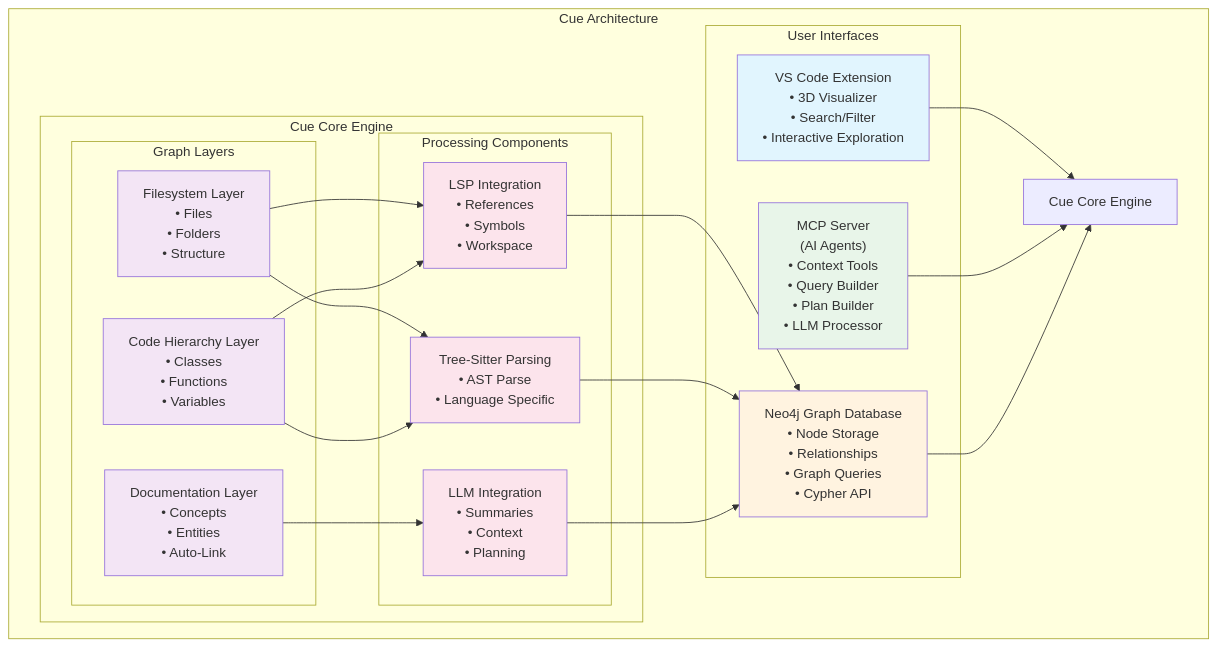
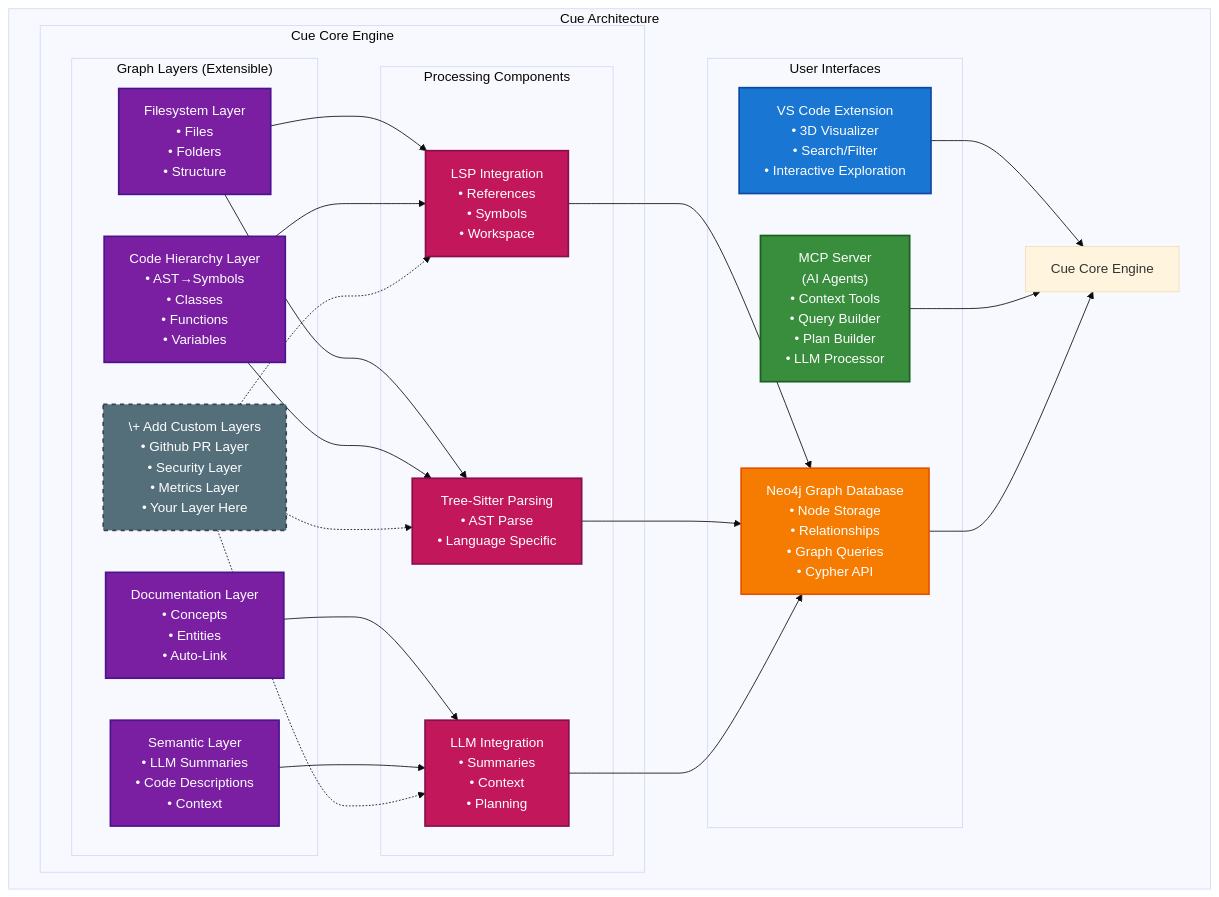
The diagram in README.md (rysweet/cue), drawn with Mermaid before and after one commit.

First paragraph of the commit message:
Fix Mermaid diagram text contrast with dark backgrounds (#77)
* fix: drastically improve Mermaid diagram text contrast with dark backgrounds

````diff
--- a/README.md
+++ b/README.md
@@ -22,48 +22,57 @@
 ```mermaid
+%%{init: {'theme':'base', 'themeVariables': { 'fontSize': '16px'}}}%%
 graph TB
     subgraph "Cue Architecture"
         subgraph "User Interfaces"
             VSCode["VS Code Extension<br/>• 3D Visualizer<br/>• Search/Filter<br/>• Interactive Exploration"]
             MCP["MCP Server<br/>(AI Agents)<br/>• Context Tools<br/>• Query Builder<br/>• Plan Builder<br/>• LLM Processor"]
             Neo4j["Neo4j Graph Database<br/>• Node Storage<br/>• Relationships<br/>• Graph Queries<br/>• Cypher API"]
         end
         
         subgraph "Cue Core Engine"
-            subgraph "Graph Layers"
+            subgraph "Graph Layers (Extensible)"
                 FS["Filesystem Layer<br/>• Files<br/>• Folders<br/>• Structure"]
-                CH["Code Hierarchy Layer<br/>• Classes<br/>• Functions<br/>• Variables"]
+                CH["Code Hierarchy Layer<br/>• AST→Symbols<br/>• Classes<br/>• Functions<br/>• Variables"]
                 DOC["Documentation Layer<br/>• Concepts<br/>• Entities<br/>• Auto-Link"]
+                SEM["Semantic Layer<br/>• LLM Summaries<br/>• Code Descriptions<br/>• Context"]
+                EXT["\+ Add Custom Layers<br/>• Github PR Layer<br/>• Security Layer<br/>• Metrics Layer<br/>• Your Layer Here"]
             end
             
             subgraph "Processing Components"
                 LSP["LSP Integration<br/>• References<br/>• Symbols<br/>• Workspace"]
                 TS["Tree-Sitter Parsing<br/>• AST Parse<br/>• Language Specific"]
                 LLM["LLM Integration<br/>• Summaries<br/>• Context<br/>• Planning"]
             end
         end
         
         VSCode --> Core[Cue Core Engine]
         MCP --> Core
         Neo4j --> Core
         
         FS --> LSP
         FS --> TS
         CH --> LSP
         CH --> TS
         DOC --> LLM
+        SEM --> LLM
+        EXT -.-> LSP
+        EXT -.-> TS
+        EXT -.-> LLM
         
         LSP --> Neo4j
         TS --> Neo4j
         LLM --> Neo4j
     end
     
-    style VSCode fill:#e1f5fe
-    style MCP fill:#e8f5e9
-    style Neo4j fill:#fff3e0
-    style FS fill:#f3e5f5
-    style CH fill:#f3e5f5
-    style DOC fill:#f3e5f5
-    style LSP fill:#fce4ec
-    style TS fill:#fce4ec
-    style LLM fill:#fce4ec
+    style VSCode fill:#1976d2,color:#ffffff,stroke:#0d47a1,stroke-width:2px
+    style MCP fill:#388e3c,color:#ffffff,stroke:#1b5e20,stroke-width:2px
+    style Neo4j fill:#f57c00,color:#ffffff,stroke:#e65100,stroke-width:2px
+    style FS fill:#7b1fa2,color:#ffffff,stroke:#4a148c,stroke-width:2px
+    style CH fill:#7b1fa2,color:#ffffff,stroke:#4a148c,stroke-width:2px
+    style DOC fill:#7b1fa2,color:#ffffff,stroke:#4a148c,stroke-width:2px
+    style SEM fill:#7b1fa2,color:#ffffff,stroke:#4a148c,stroke-width:2px
+    style EXT fill:#546e7a,color:#ffffff,stroke:#37474f,stroke-width:2px,stroke-dasharray: 5 5
+    style LSP fill:#c2185b,color:#ffffff,stroke:#880e4f,stroke-width:2px
+    style TS fill:#c2185b,color:#ffffff,stroke:#880e4f,stroke-width:2px
+    style LLM fill:#c2185b,color:#ffffff,stroke:#880e4f,stroke-width:2px
 ```
````
